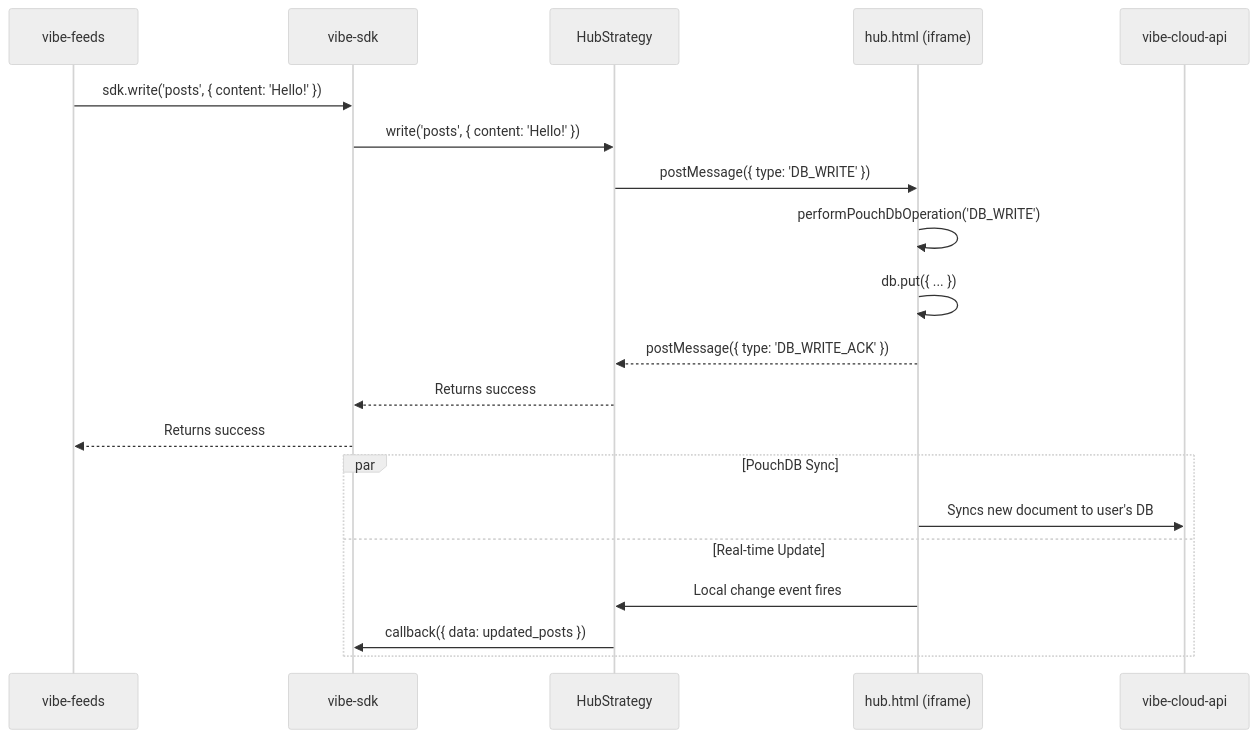
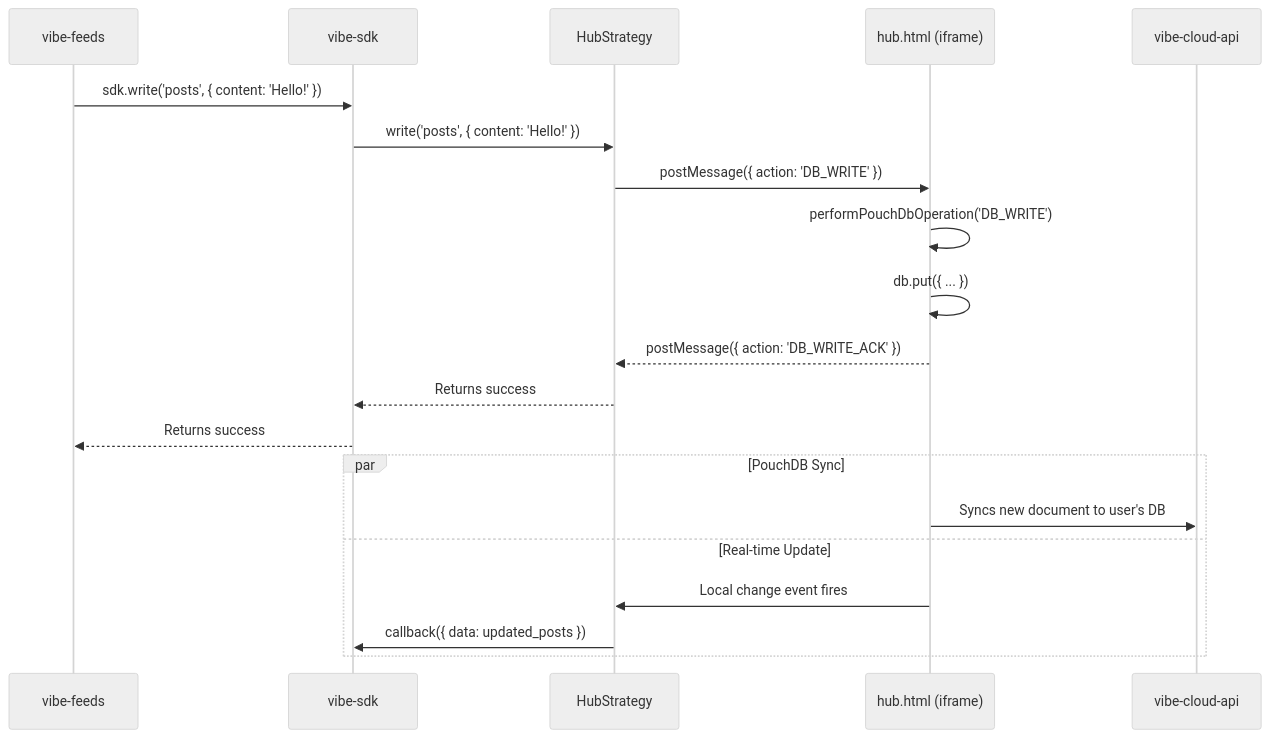
Before and after one commit to Social-Systems-Lab/vibe: the fifth of 5 diagrams in docs/HubDataFlow.md, drawn with Mermaid (neutral theme). The commit also changed other lines of this file and 15 other files, not shown here.

````diff
--- a/docs/HubDataFlow.md
+++ b/docs/HubDataFlow.md
@@ -171,24 +171,24 @@
 ```mermaid
 sequenceDiagram
     participant App as vibe-feeds
     participant SDK as vibe-sdk
     participant HubStrategy
     participant Hub as hub.html (iframe)
     participant API as vibe-cloud-api
 
     App->>SDK: sdk.write('posts', { content: 'Hello!' })
     SDK->>HubStrategy: write('posts', { content: 'Hello!' })
-    HubStrategy->>Hub: postMessage({ type: 'DB_WRITE' })
+    HubStrategy->>Hub: postMessage({ action: 'DB_WRITE' })
     Hub->>Hub: performPouchDbOperation('DB_WRITE')
     Hub->>Hub: db.put({ ... })
-    Hub-->>HubStrategy: postMessage({ type: 'DB_WRITE_ACK' })
+    Hub-->>HubStrategy: postMessage({ action: 'DB_WRITE_ACK' })
     HubStrategy-->>SDK: Returns success
     SDK-->>App: Returns success
 
     par PouchDB Sync
         Hub->>API: Syncs new document to user's DB
     and Real-time Update
         Hub->>HubStrategy: Local change event fires
         HubStrategy->>SDK: callback({ data: updated_posts })
     end
 ```
````
